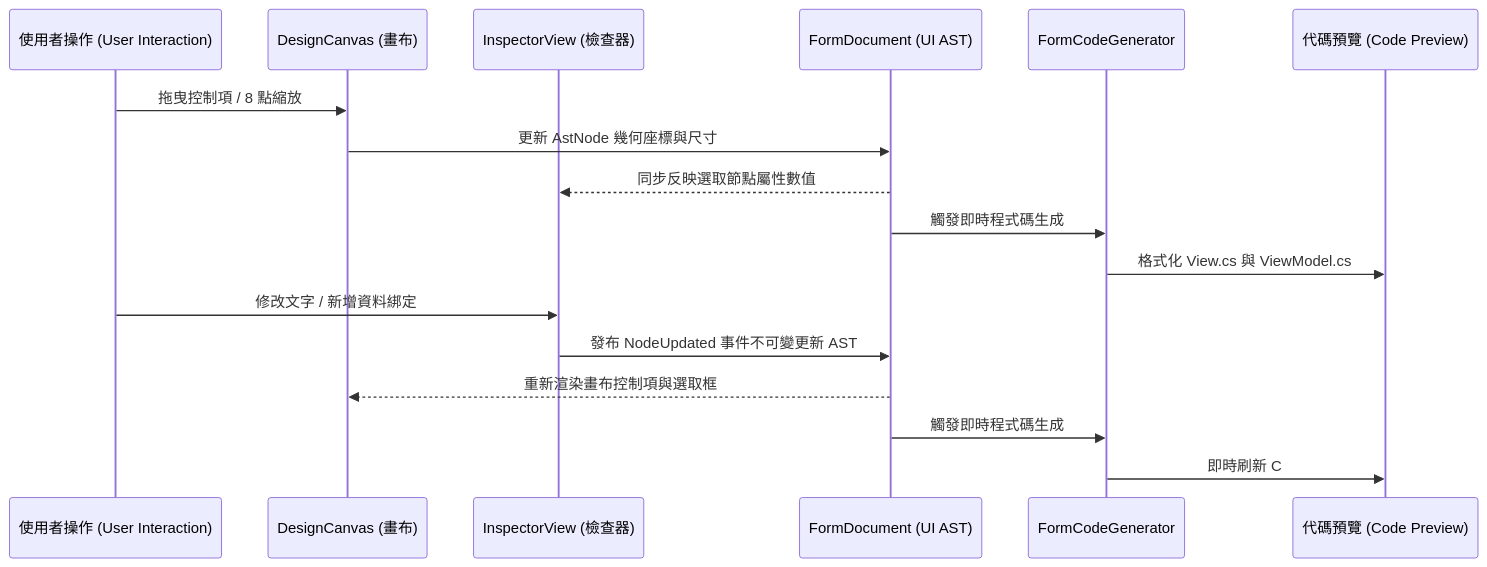
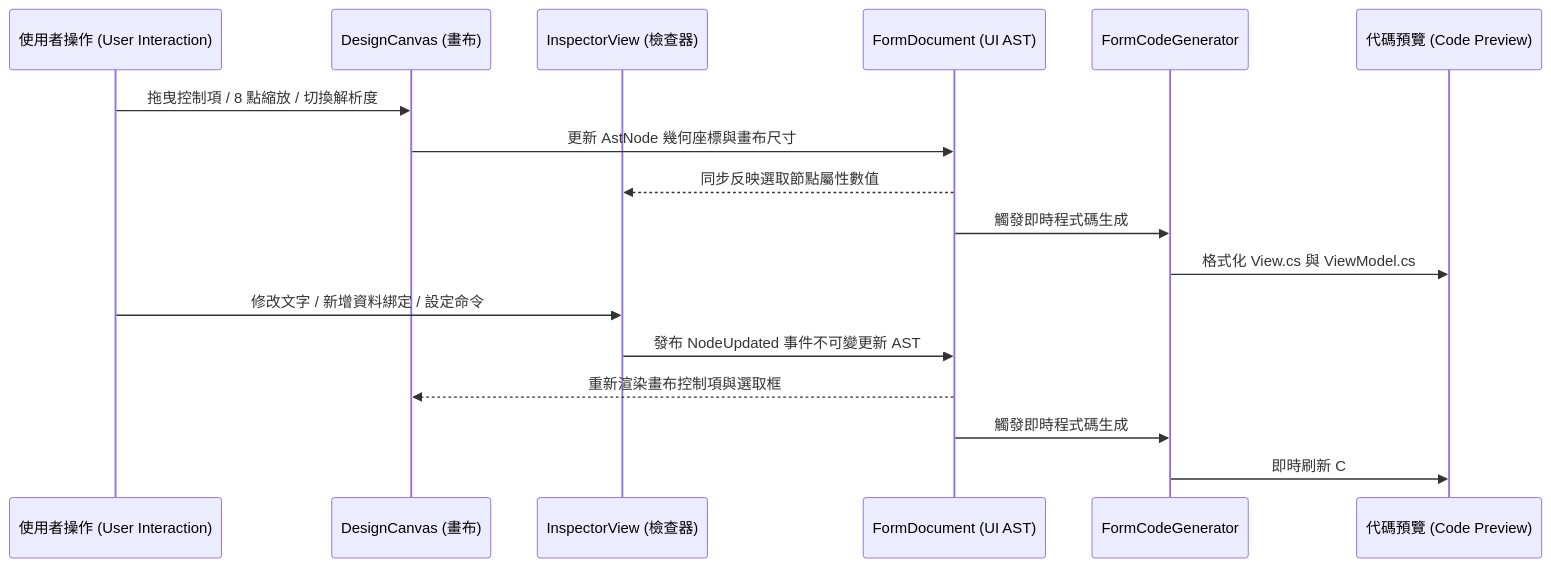
The third of 3 diagrams in docs/architecture.md (willy050209/Avalonia-Form-Generator), drawn with Mermaid before and after one commit. The commit also changed other lines of this file and 3 other files, not shown here.

Commit message:
docs: update README and docs/ with DI architecture, multi-project solution structure, and custom resolution user guide

````diff
--- a/docs/architecture.md
+++ b/docs/architecture.md
@@ -84,21 +118,21 @@
 ```mermaid
 sequenceDiagram
     participant User as 使用者操作 (User Interaction)
     participant Canvas as DesignCanvas (畫布)
     participant Inspector as InspectorView (檢查器)
     participant AST as FormDocument (UI AST)
     participant Generator as FormCodeGenerator
     participant Preview as 代碼預覽 (Code Preview)
 
-    User->>Canvas: 拖曳控制項 / 8 點縮放
-    Canvas->>AST: 更新 AstNode 幾何座標與尺寸
+    User->>Canvas: 拖曳控制項 / 8 點縮放 / 切換解析度
+    Canvas->>AST: 更新 AstNode 幾何座標與畫布尺寸
     AST-->>Inspector: 同步反映選取節點屬性數值
     AST->>Generator: 觸發即時程式碼生成
     Generator->>Preview: 格式化 View.cs 與 ViewModel.cs
 
-    User->>Inspector: 修改文字 / 新增資料綁定
+    User->>Inspector: 修改文字 / 新增資料綁定 / 設定命令
     Inspector->>AST: 發布 NodeUpdated 事件不可變更新 AST
     AST-->>Canvas: 重新渲染畫布控制項與選取框
     AST->>Generator: 觸發即時程式碼生成
     Generator->>Preview: 即時刷新 C# 程式碼
 ```
````
